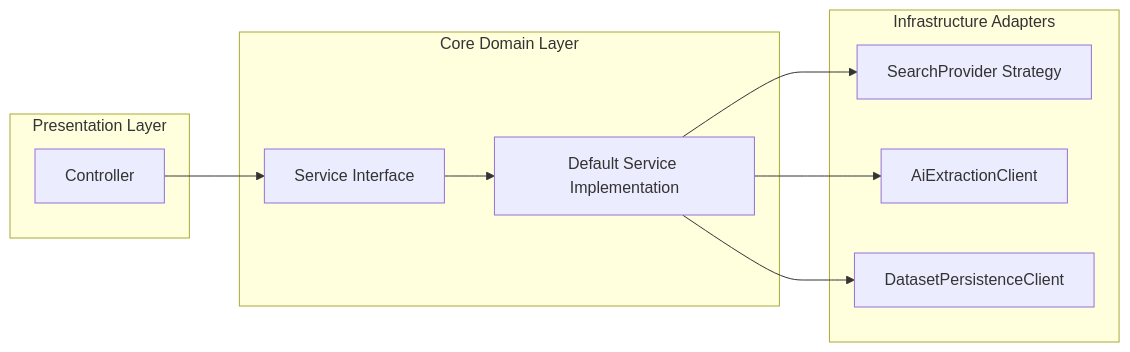
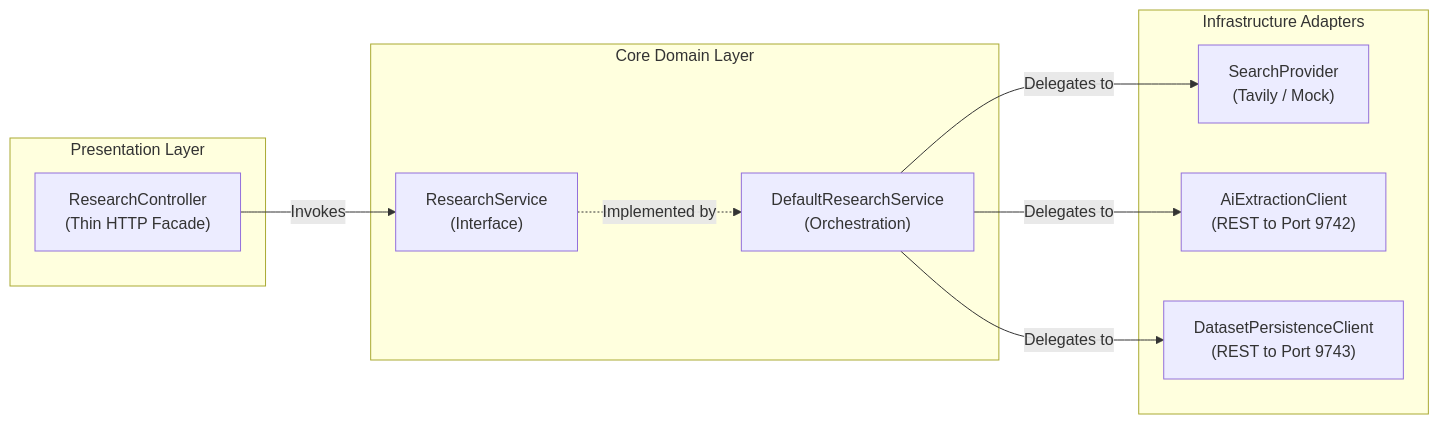
Before and after one commit to parvagr247/data-enrichment-ai-intelligence: the diagram in docs/learning/02-spring-dependency-injection-and-boundaries.md, drawn with Mermaid. The commit also changed other lines of this file and 200 other files, not shown here.

Commit message:
research-service project structure improved

````diff
--- a/docs/learning/02-spring-dependency-injection-and-boundaries.md
+++ b/docs/learning/02-spring-dependency-injection-and-boundaries.md
@@ -54,19 +32,21 @@
 ```mermaid
 flowchart LR
     subgraph Presentation ["Presentation Layer"]
-        C[Controller]
+        C["ResearchController<br/>(Thin HTTP Facade)"]
     end
     subgraph Domain ["Core Domain Layer"]
-        S[Service Interface] --> DS[Default Service Implementation]
+        S["ResearchService<br/>(Interface)"]
+        DS["DefaultResearchService<br/>(Orchestration)"]
     end
     subgraph Infrastructure ["Infrastructure Adapters"]
-        SP[SearchProvider Strategy]
-        AC[AiExtractionClient]
-        DC[DatasetPersistenceClient]
+        SP["SearchProvider<br/>(Tavily / Mock)"]
+        AC["AiExtractionClient<br/>(REST to Port 9742)"]
+        DC["DatasetPersistenceClient<br/>(REST to Port 9743)"]
     end
-    
-    C --> S
-    DS --> SP
-    DS --> AC
-    DS --> DC
+
+    C -->|Invokes| S
+    S -.->|Implemented by| DS
+    DS -->|Delegates to| SP
+    DS -->|Delegates to| AC
+    DS -->|Delegates to| DC
 ```
````
